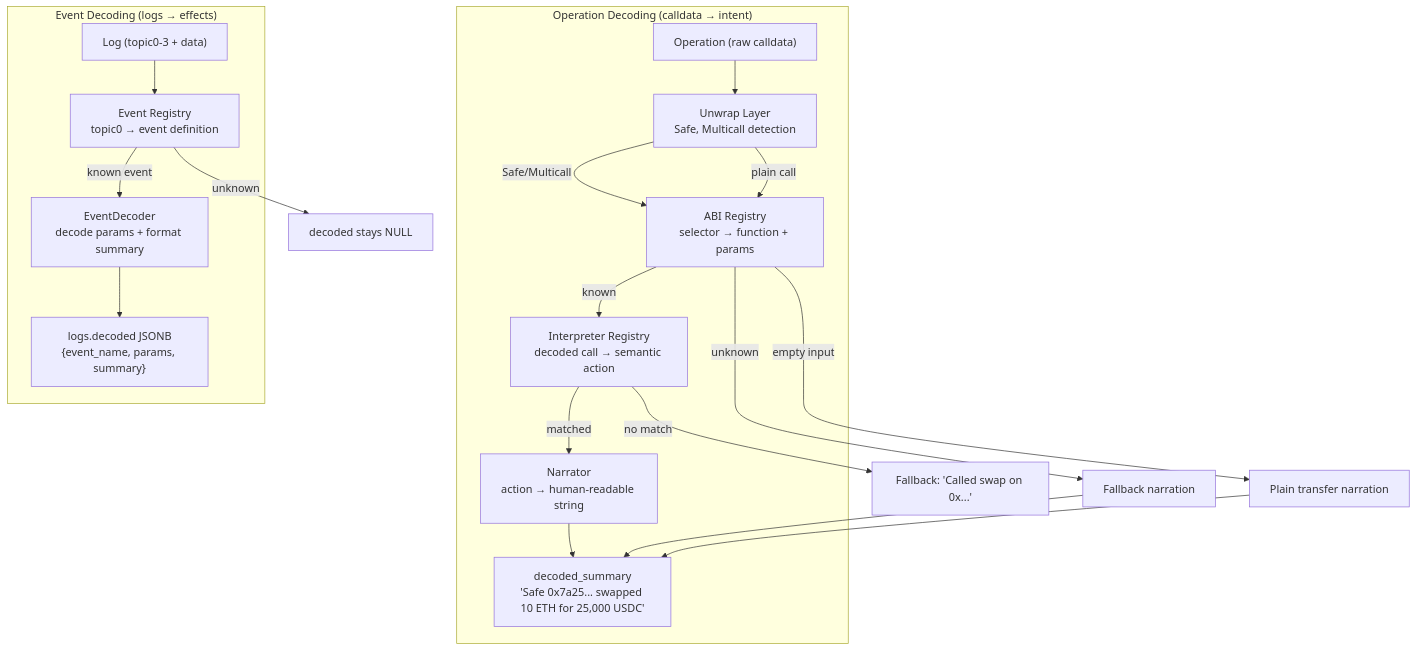
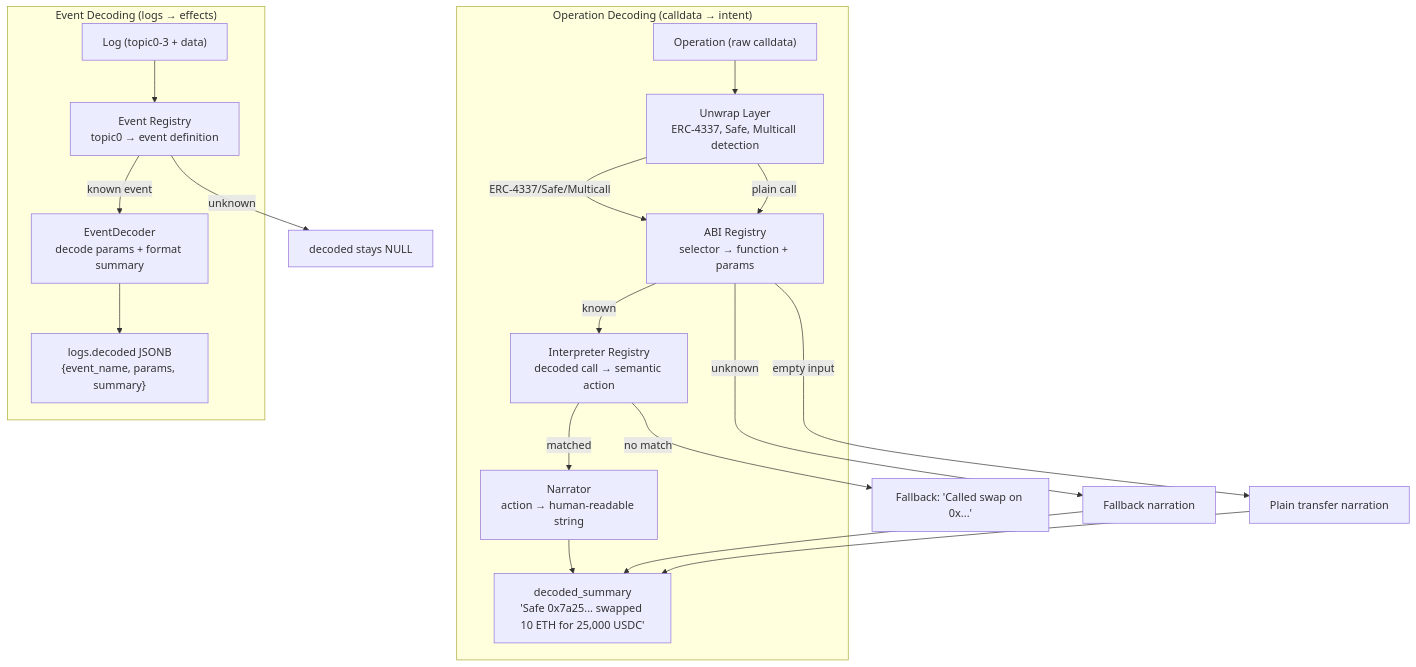
Before and after one commit to ManuelBilbao/rexplorer: the first of 2 diagrams in docs/decoder-pipeline.md, drawn with Mermaid. The commit also changed other lines of this file and 55 other files, not shown here.

````diff
--- a/docs/decoder-pipeline.md
+++ b/docs/decoder-pipeline.md
@@ -9,35 +9,35 @@
 ```mermaid
 graph TD
     subgraph "Operation Decoding (calldata → intent)"
         Op["Operation (raw calldata)"]
-        Unwrap["Unwrap Layer<br/>Safe, Multicall detection"]
+        Unwrap["Unwrap Layer<br/>ERC-4337, Safe, Multicall detection"]
         ABI["ABI Registry<br/>selector → function + params"]
         Interp["Interpreter Registry<br/>decoded call → semantic action"]
         Narr["Narrator<br/>action → human-readable string"]
         OpOut["decoded_summary<br/>'Safe 0x7a25... swapped 10 ETH for 25,000 USDC'"]
     end
 
     subgraph "Event Decoding (logs → effects)"
         Log["Log (topic0-3 + data)"]
         EvReg["Event Registry<br/>topic0 → event definition"]
         EvDec["EventDecoder<br/>decode params + format summary"]
         LogOut["logs.decoded JSONB<br/>{event_name, params, summary}"]
     end
 
     Op --> Unwrap
-    Unwrap -->|"Safe/Multicall"| ABI
+    Unwrap -->|"ERC-4337/Safe/Multicall"| ABI
     Unwrap -->|"plain call"| ABI
     ABI -->|"known"| Interp
     ABI -->|"unknown"| Fallback["Fallback narration"]
     ABI -->|"empty input"| Transfer["Plain transfer narration"]
     Interp -->|"matched"| Narr
     Interp -->|"no match"| Fallback2["Fallback: 'Called swap on 0x...'"]
     Narr --> OpOut
     Fallback --> OpOut
     Transfer --> OpOut
 
     Log --> EvReg
     EvReg -->|"known event"| EvDec
     EvReg -->|"unknown"| Null["decoded stays NULL"]
     EvDec --> LogOut
 ```
````
